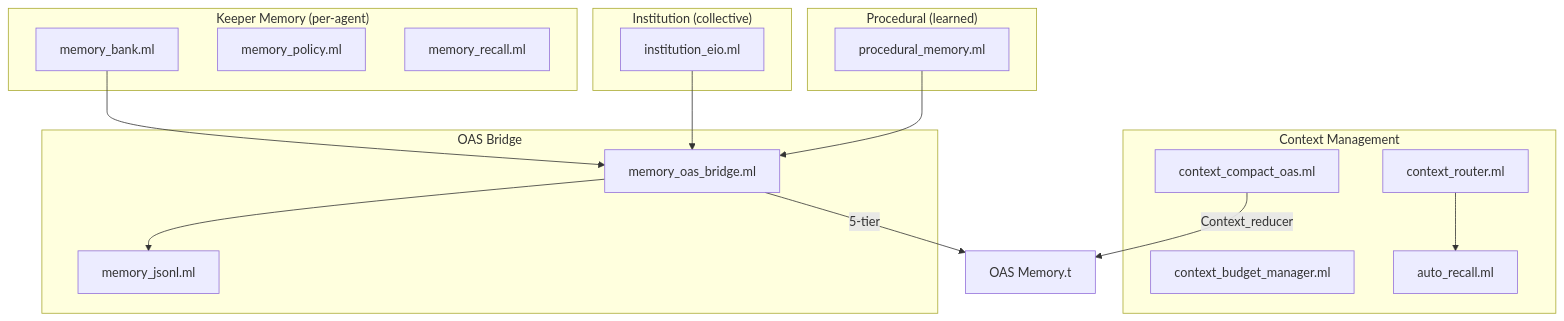
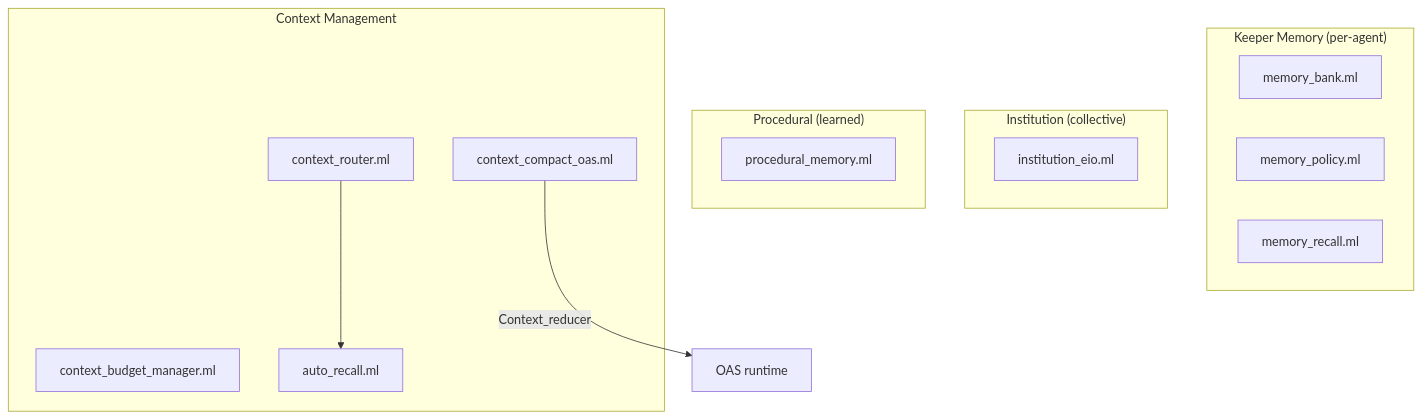
One commit to jeong-sik/masc changed the diagram in docs/spec/12-memory-systems.md. Above: the diagram before and after it, drawn with Mermaid. The commit also changed other lines of this file and 150 other files, not shown here.

Commit message:
Remove OAS memory projection and tool gate surfaces (#20134)

````diff
--- a/docs/spec/12-memory-systems.md
+++ b/docs/spec/12-memory-systems.md
@@ -44,31 +43,22 @@
 ```mermaid
 graph TB
   subgraph "Keeper Memory (per-agent)"
     MB[memory_bank.ml]
     MP[memory_policy.ml]
     MR[memory_recall.ml]
   end
   subgraph "Institution (collective)"
     IE[institution_eio.ml]
   end
   subgraph "Procedural (learned)"
     PM[procedural_memory.ml]
   end
   subgraph "Context Management"
     CB[context_budget_manager.ml]
     CC[context_compact_oas.ml]
     CR[context_router.ml]
     AR[auto_recall.ml]
   end
-  subgraph "OAS Bridge"
-    MOB[memory_oas_bridge.ml]
-    MJ[memory_jsonl.ml]
-  end
-  MB --> MOB
-  IE --> MOB
-  PM --> MOB
-  MOB --> MJ
-  MOB -->|"5-tier"| OAS["OAS Memory.t"]
   CR --> AR
-  CC -->|"Context_reducer"| OAS
+  CC -->|"Context_reducer"| OAS["OAS runtime"]
 ```
````
